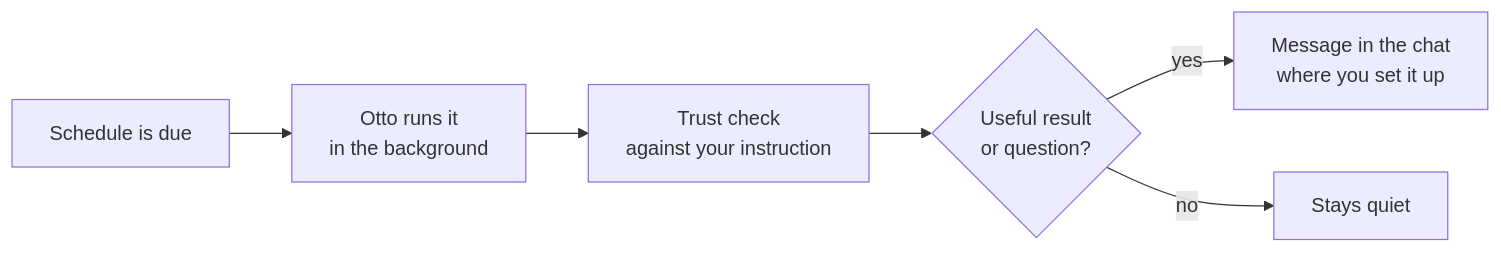
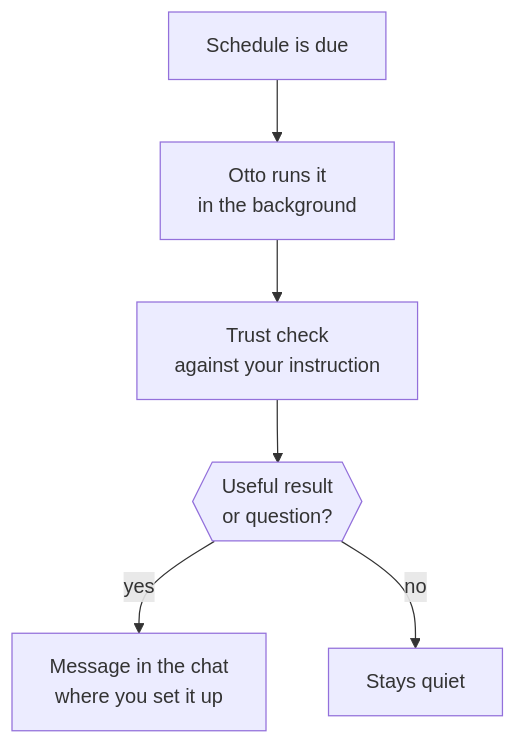
Before and after one commit to n8n-io/nod: the diagram in docs/src/content/docs/use/schedules.md, drawn with Mermaid. The commit also changed 54 other files, not shown here.

````diff
--- a/docs/src/content/docs/use/schedules.md
+++ b/docs/src/content/docs/use/schedules.md
@@ -36,8 +36,8 @@
 ```mermaid
-flowchart LR
+flowchart TD
   due[Schedule is due]:::accent --> run[Otto runs it<br/>in the background]
   run --> check[Trust check<br/>against your instruction]
-  check --> useful{Useful result<br/>or question?}
+  check --> useful{{Useful result<br/>or question?}}
   useful -- yes --> send[Message in the chat<br/>where you set it up]:::go
   useful -- no --> quiet[Stays quiet]:::muted
 ```
````
